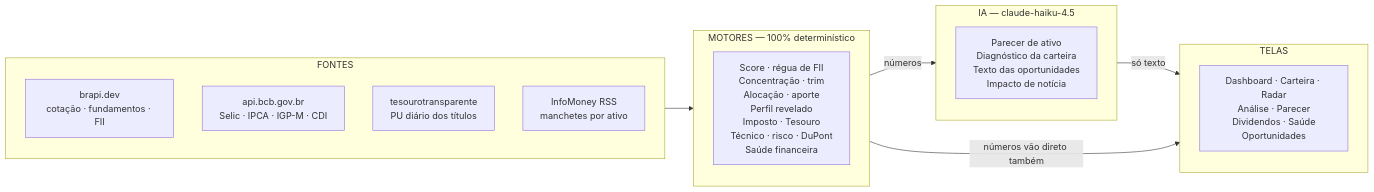
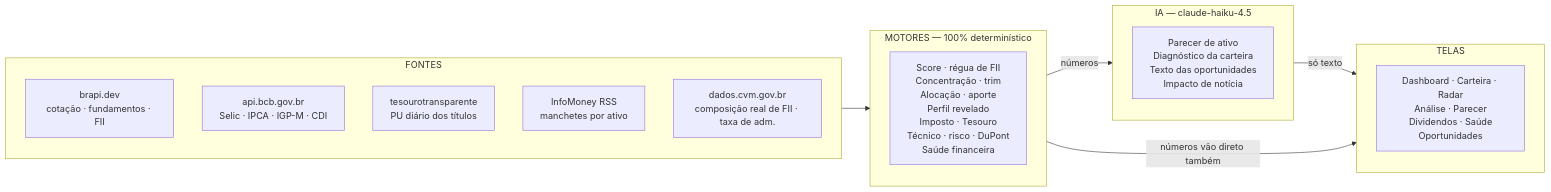
One commit to MaxMendesRocha/invest-radar changed the diagram in docs/funcionalidades.md. Above: the diagram before and after it, drawn with Mermaid. The commit also changed other lines of this file and 11 other files, not shown here.

````diff
--- a/docs/funcionalidades.md
+++ b/docs/funcionalidades.md
@@ -42,26 +42,27 @@
 ```mermaid
 flowchart LR
   subgraph F["FONTES"]
     F1["brapi.dev<br/>cotação · fundamentos · FII"]
     F2["api.bcb.gov.br<br/>Selic · IPCA · IGP-M · CDI"]
     F3["tesourotransparente<br/>PU diário dos títulos"]
     F4["InfoMoney RSS<br/>manchetes por ativo"]
+    F5["dados.cvm.gov.br<br/>composição real de FII · taxa de adm."]
   end
 
   subgraph M["MOTORES — 100% determinístico"]
     M1["Score · régua de FII<br/>Concentração · trim<br/>Alocação · aporte<br/>Perfil revelado<br/>Imposto · Tesouro<br/>Técnico · risco · DuPont<br/>Saúde financeira"]
   end
 
   subgraph I["IA — claude-haiku-4.5"]
     I1["Parecer de ativo<br/>Diagnóstico da carteira<br/>Texto das oportunidades<br/>Impacto de notícia"]
   end
 
   subgraph T["TELAS"]
     T1["Dashboard · Carteira · Radar<br/>Análise · Parecer<br/>Dividendos · Saúde<br/>Oportunidades"]
   end
 
   F --> M
   M -- "números" --> I
   I -- "só texto" --> T
   M -- "números vão direto também" --> T
 ```
````
